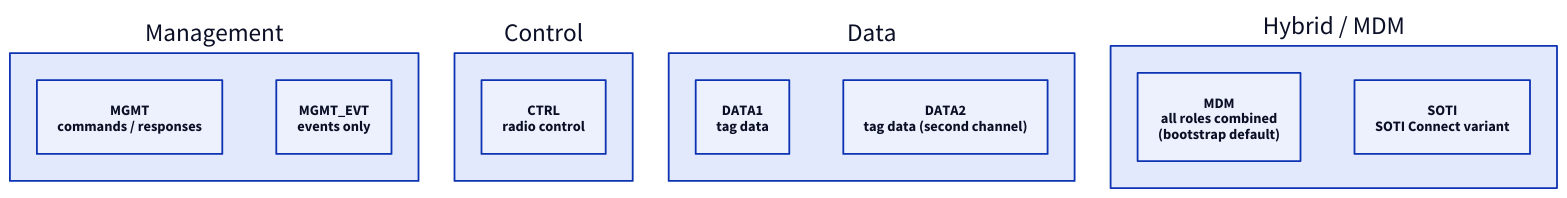
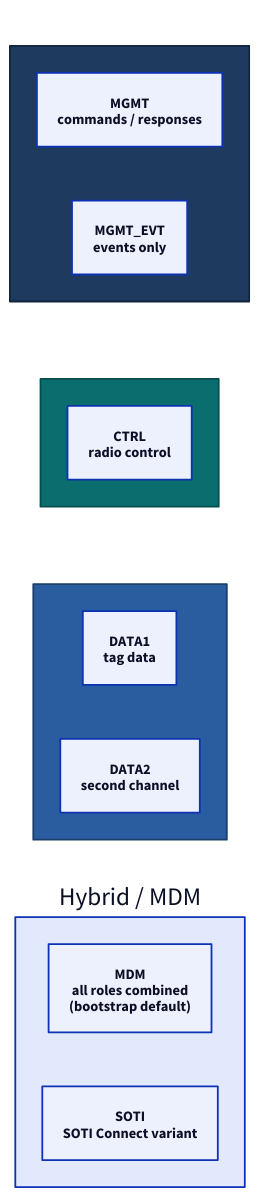
One commit to admiral-ai/zebra-handheld-rfid-iotc changed the second of 2 diagrams in docs/foundations/architecture/interface-model.md. Above: the diagram before and after it, drawn with D2. The commit also changed other lines of this file and 40 other files, not shown here.

First line of the commit message:
Redesign all 54 D2 diagrams to a unified visual system

````diff
--- a/docs/foundations/architecture/interface-model.md
+++ b/docs/foundations/architecture/interface-model.md
@@ -52,17 +56,27 @@
 ```d2
+classes: {
+  mgmt: { style: { fill: "#1f3a5f"; stroke: "#11243b"; font-color: "#ffffff" } }
+  ctrl: { style: { fill: "#0b6e6e"; stroke: "#064d4d"; font-color: "#ffffff" } }
+  data: { style: { fill: "#2a5d9f"; stroke: "#1b3e6b"; font-color: "#ffffff" } }
+}
+direction: right
 Mgmt: Management {
+  class: mgmt
   MGMT: "MGMT\ncommands / responses"
   MGMT_EVT: "MGMT_EVT\nevents only"
 }
 Ctrl: Control {
+  class: ctrl
   CTRL: "CTRL\nradio control"
 }
 Data: Data {
+  class: data
   DATA1: "DATA1\ntag data"
-  DATA2: "DATA2\ntag data (second channel)"
+  DATA2: "DATA2\nsecond channel"
 }
 Hybrid: Hybrid / MDM {
   MDM: "MDM\nall roles combined\n(bootstrap default)"
   SOTI: "SOTI\nSOTI Connect variant"
 }
+
 ```
````
